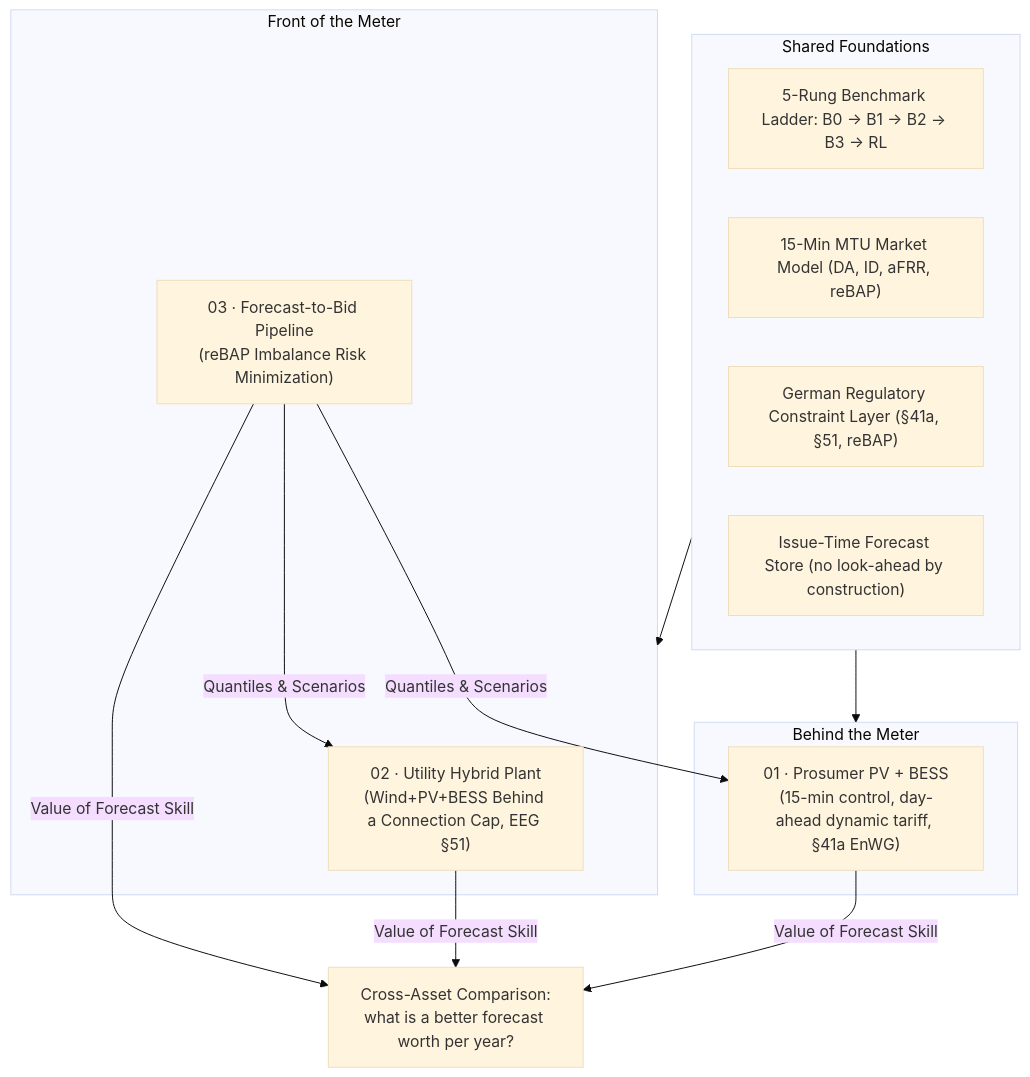
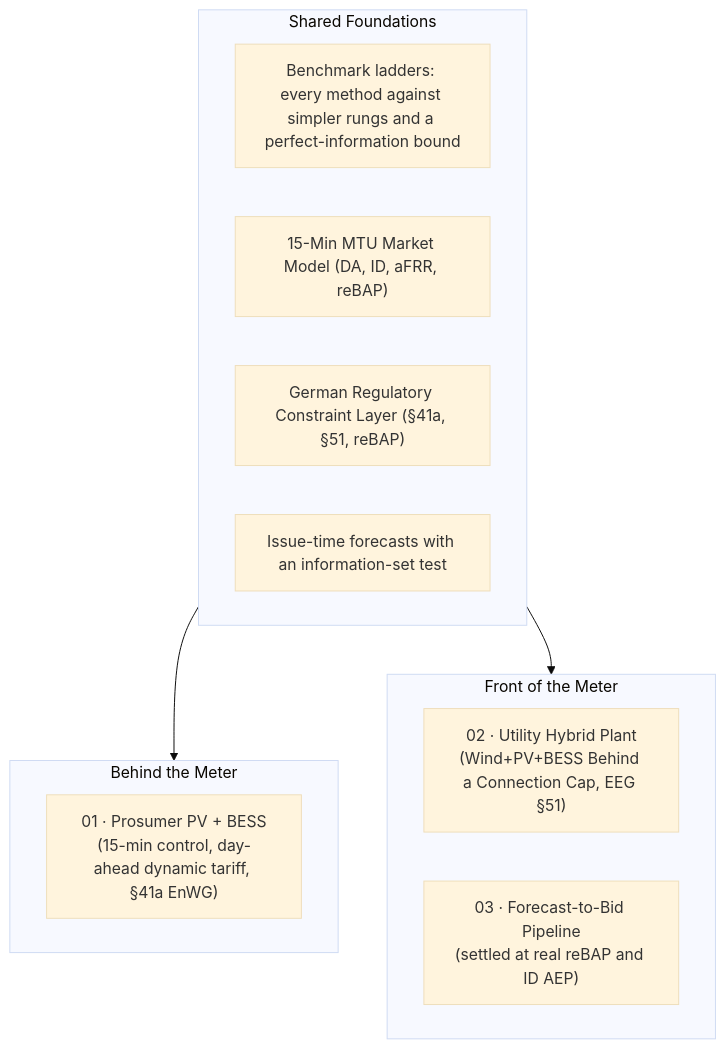
Before and after one commit to muratkus01/Portfolio: the diagram in README.md, drawn with Mermaid (base theme). The commit also changed other lines of this file, not shown here.

````diff
--- a/README.md
+++ b/README.md
@@ -45,26 +45,21 @@
 ```mermaid
 flowchart TB
     subgraph FOUND["Shared Foundations"]
-        F1["5-Rung Benchmark Ladder: B0 -> B1 -> B2 -> B3 -> RL"]
+        F1["Benchmark ladders: every method against simpler rungs and a perfect-information bound"]
         F2["15-Min MTU Market Model (DA, ID, aFRR, reBAP)"]
         F3["German Regulatory Constraint Layer (§41a, §51, reBAP)"]
-        F4["Issue-Time Forecast Store (no look-ahead by construction)"]
+        F4["Issue-time forecasts with an information-set test"]
     end
 
     subgraph BTM["Behind the Meter"]
         P1["01 · Prosumer PV + BESS<br/>(15-min control, day-ahead dynamic tariff, §41a EnWG)"]
     end
 
     subgraph FTM["Front of the Meter"]
         P5["02 · Utility Hybrid Plant<br/>(Wind+PV+BESS Behind a Connection Cap, EEG §51)"]
-        P6["03 · Forecast-to-Bid Pipeline<br/>(reBAP Imbalance Risk Minimization)"]
+        P6["03 · Forecast-to-Bid Pipeline<br/>(settled at real reBAP and ID AEP)"]
     end
 
     FOUND --> BTM
     FOUND --> FTM
-    P6 -->|Quantiles & Scenarios| P1
-    P6 -->|Quantiles & Scenarios| P5
-    P1 -->|Value of Forecast Skill| VAL["Cross-Asset Comparison:<br/>what is a better forecast worth per year?"]
-    P5 -->|Value of Forecast Skill| VAL
-    P6 -->|Value of Forecast Skill| VAL
 ```
````
